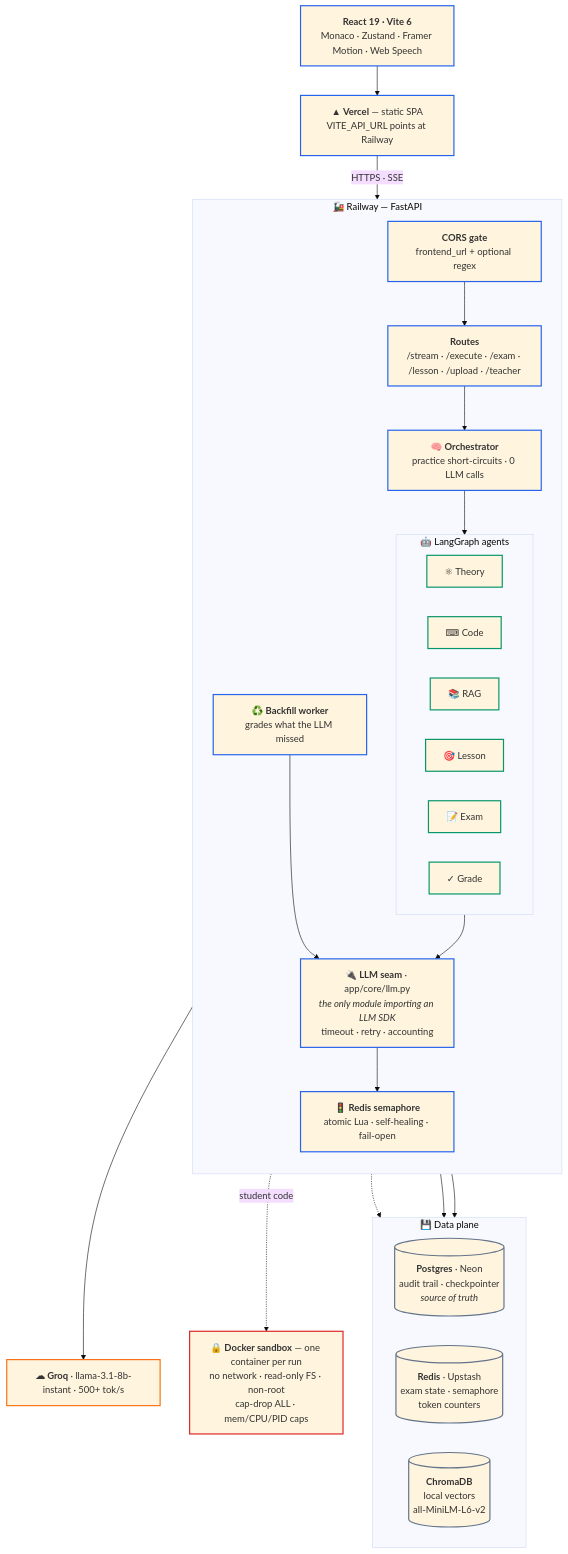
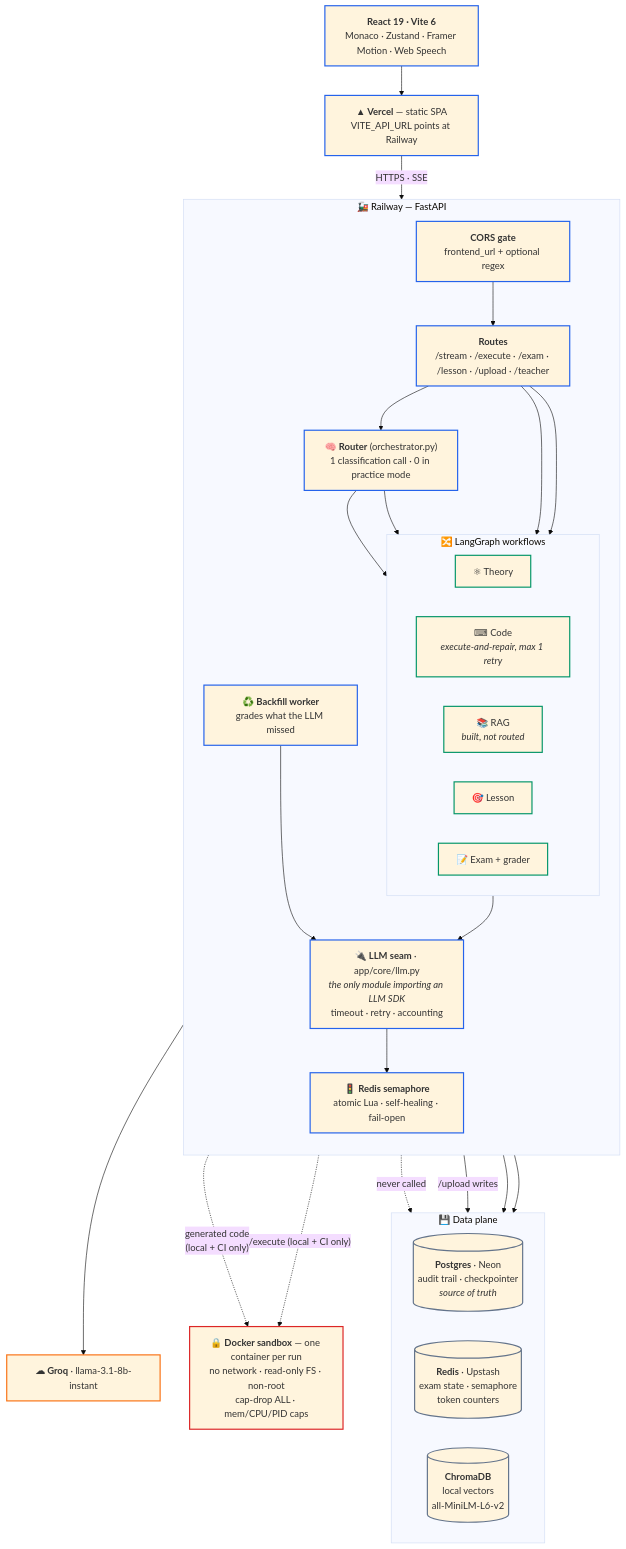
The first of 3 diagrams in README.md (asfandyar-prog/quantummind), drawn with Mermaid (base theme) before and after one commit. The commit also changed other lines of this file, not shown here.

First line of the commit message:
docs: describe QuantumMind as a router plus workflows and list its real gaps

````diff
--- a/README.md
+++ b/README.md
@@ -79,62 +87,66 @@
 ```mermaid
 graph TB
     UI["<b>React 19 · Vite 6</b><br/>Monaco · Zustand · Framer Motion · Web Speech"]
     CDN["<b>▲ Vercel</b> — static SPA<br/>VITE_API_URL points at Railway"]
 
     subgraph rail[" 🚂 Railway — FastAPI "]
         direction TB
         CORS["<b>CORS gate</b><br/>frontend_url + optional regex"]
         RT["<b>Routes</b><br/>/stream · /execute · /exam · /lesson · /upload · /teacher"]
-        ORC["<b>🧠 Orchestrator</b><br/>practice short-circuits · 0 LLM calls"]
+        ORC["<b>🧠 Router</b> (orchestrator.py)<br/>1 classification call · 0 in practice mode"]
 
-        subgraph ag[" 🤖 LangGraph agents "]
+        subgraph ag[" 🔀 LangGraph workflows "]
             direction LR
             T["⚛ Theory"]
-            C["⌨ Code"]
-            R["📚 RAG"]
+            C["⌨ Code<br/><i>execute-and-repair, max 1 retry</i>"]
+            R["📚 RAG<br/><i>built, not routed</i>"]
             L["🎯 Lesson"]
-            E["📝 Exam"]
-            G["✓ Grade"]
+            E["📝 Exam + grader"]
         end
 
         SEAM["<b>🔌 LLM seam</b> · app/core/llm.py<br/><i>the only module importing an LLM SDK</i><br/>timeout · retry · accounting"]
         LIM["<b>🚦 Redis semaphore</b><br/>atomic Lua · self-healing · fail-open"]
         BF["<b>♻️ Backfill worker</b><br/>grades what the LLM missed"]
     end
 
     subgraph data[" 💾 Data plane "]
         direction LR
         PG[("<b>Postgres</b> · Neon<br/>audit trail · checkpointer<br/><i>source of truth</i>")]
         RD[("<b>Redis</b> · Upstash<br/>exam state · semaphore<br/>token counters")]
         CH[("<b>ChromaDB</b><br/>local vectors<br/>all-MiniLM-L6-v2")]
     end
 
     DK["<b>🔒 Docker sandbox</b> — one container per run<br/>no network · read-only FS · non-root<br/>cap-drop ALL · mem/CPU/PID caps"]
-    GROQ["<b>☁ Groq</b> · llama-3.1-8b-instant · 500+ tok/s"]
+    GROQ["<b>☁ Groq</b> · llama-3.1-8b-instant"]
 
     UI --> CDN
     CDN -->|"HTTPS · SSE"| CORS
     CORS --> RT
     RT --> ORC
-    ORC --> ag
+    ORC --> T
+    ORC --> C
+    RT --> L
+    RT --> E
     ag --> SEAM
     SEAM --> LIM
     LIM --> GROQ
-    C -.->|"student code"| DK
-    R -.-> CH
+    C -.->|"generated code<br/>(local + CI only)"| DK
+    RT -.->|"/execute (local + CI only)"| DK
+    R -.->|"never called"| CH
+    RT -->|"/upload writes"| CH
     RT --> data
     BF --> data
     BF --> SEAM
 
     classDef svc   stroke:#2563eb,stroke-width:2px
     classDef agent stroke:#059669,stroke-width:2px
     classDef store stroke:#64748b,stroke-width:2px
     classDef danger stroke:#dc2626,stroke-width:2px
     classDef ext   stroke:#f97316,stroke-width:2px
 
     class UI,CDN,CORS,RT,ORC,SEAM,LIM,BF svc
-    class T,C,R,L,E,G agent
+    class T,C,R,L,E agent
     class PG,RD,CH store
     class DK danger
     class GROQ ext
 ```
````
